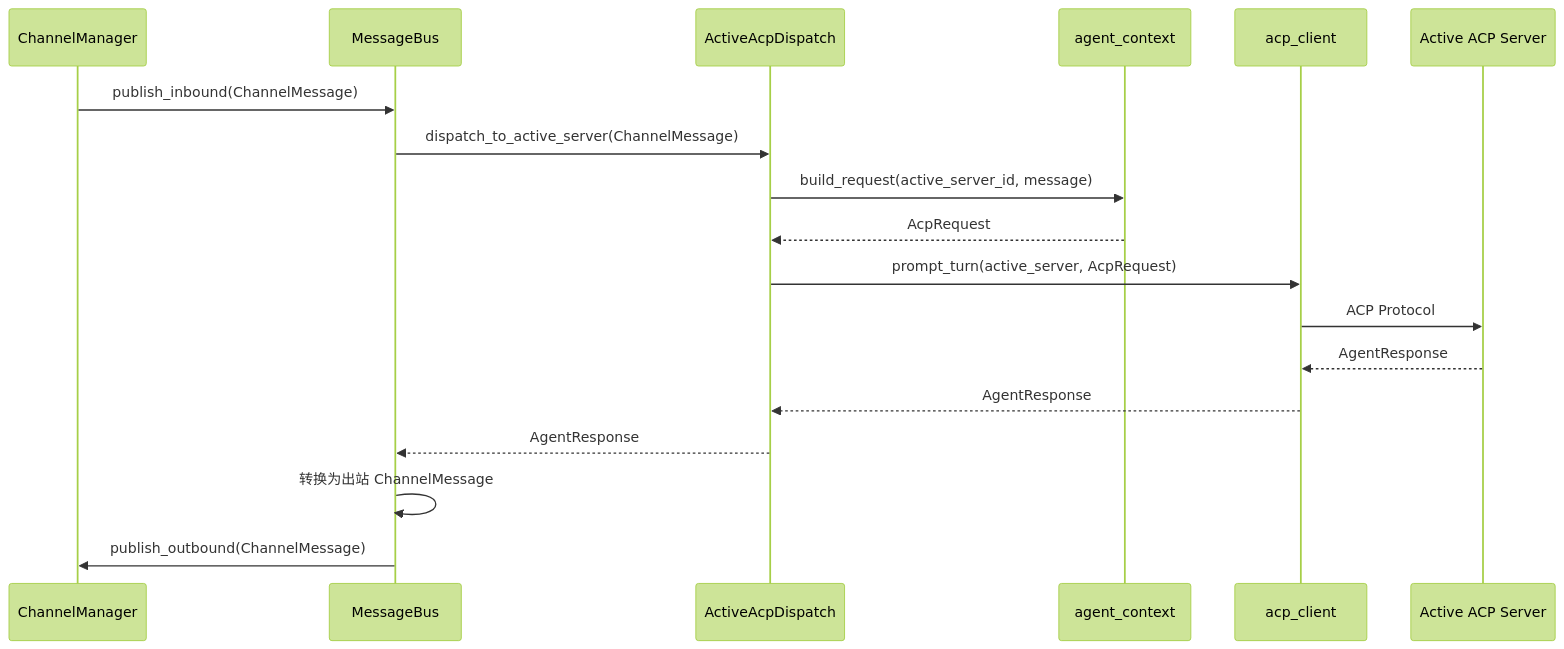
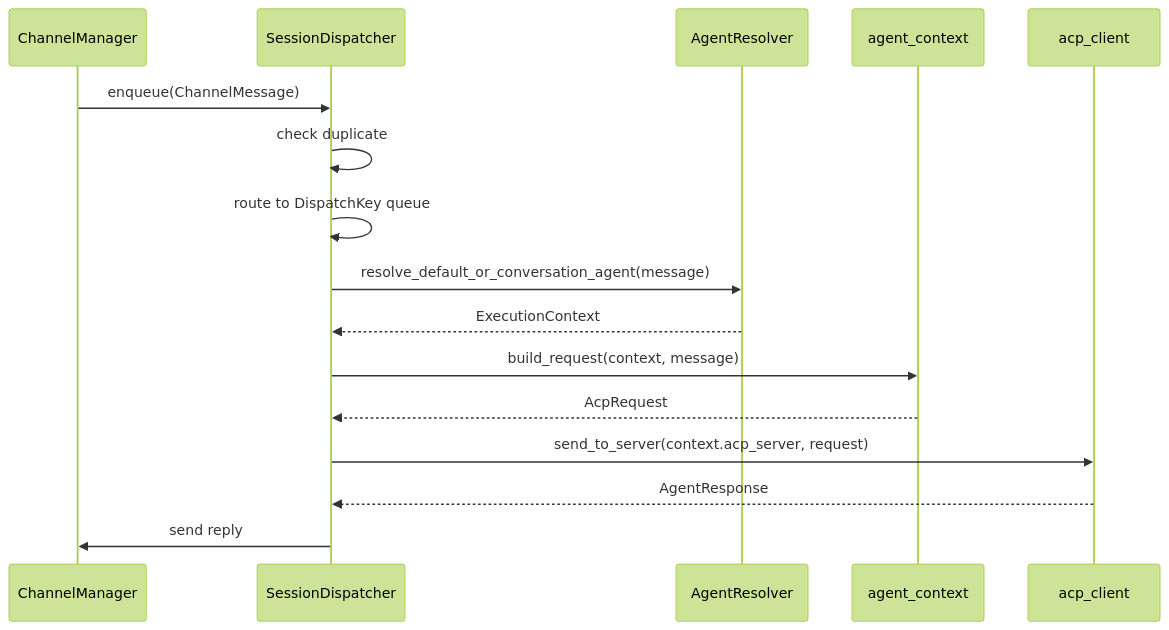
One commit to zhuxining/MindClaw changed the first of 3 diagrams in docs/architecture/20-message-bus.md. Above: the diagram before and after it, drawn with Mermaid (forest theme). The commit also changed other lines of this file and 17 other files, not shown here.

First line of the commit message:
feat: add event bus for runtime events and message processing

````diff
--- a/docs/architecture/20-message-bus.md
+++ b/docs/architecture/20-message-bus.md
@@ -39,21 +60,19 @@
 ```mermaid
 sequenceDiagram
     participant CM as ChannelManager
-    participant MB as MessageBus
-    participant AD as ActiveAcpDispatch
+    participant SD as SessionDispatcher
+    participant AR as AgentResolver
     participant ACX as agent_context
     participant ACP as acp_client
-    participant AS as Active ACP Server
 
-    CM->>MB: publish_inbound(ChannelMessage)
-    MB->>AD: dispatch_to_active_server(ChannelMessage)
-    AD->>ACX: build_request(active_server_id, message)
-    ACX-->>AD: AcpRequest
-    AD->>ACP: prompt_turn(active_server, AcpRequest)
-    ACP->>AS: ACP Protocol
-    AS-->>ACP: AgentResponse
-    ACP-->>AD: AgentResponse
-    AD-->>MB: AgentResponse
-    MB->>MB: 转换为出站 ChannelMessage
-    MB->>CM: publish_outbound(ChannelMessage)
+    CM->>SD: enqueue(ChannelMessage)
+    SD->>SD: check duplicate
+    SD->>SD: route to DispatchKey queue
+    SD->>AR: resolve_default_or_conversation_agent(message)
+    AR-->>SD: ExecutionContext
+    SD->>ACX: build_request(context, message)
+    ACX-->>SD: AcpRequest
+    SD->>ACP: send_to_server(context.acp_server, request)
+    ACP-->>SD: AgentResponse
+    SD->>CM: send reply
 ```
````
